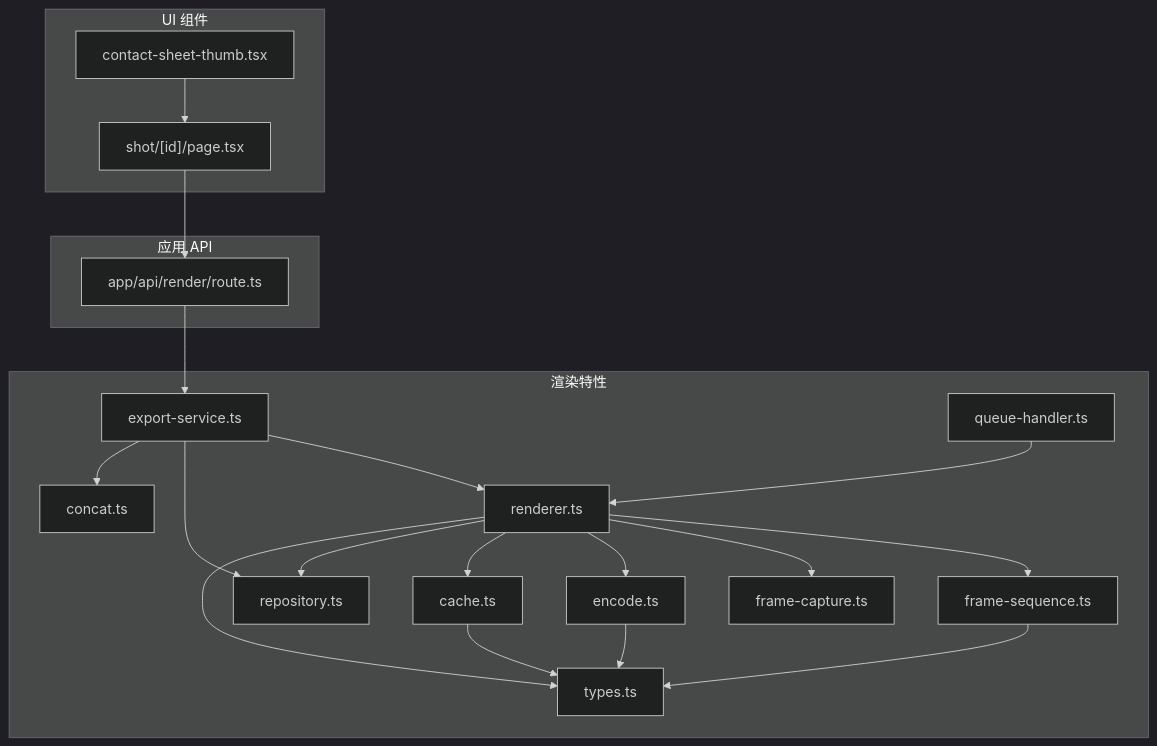
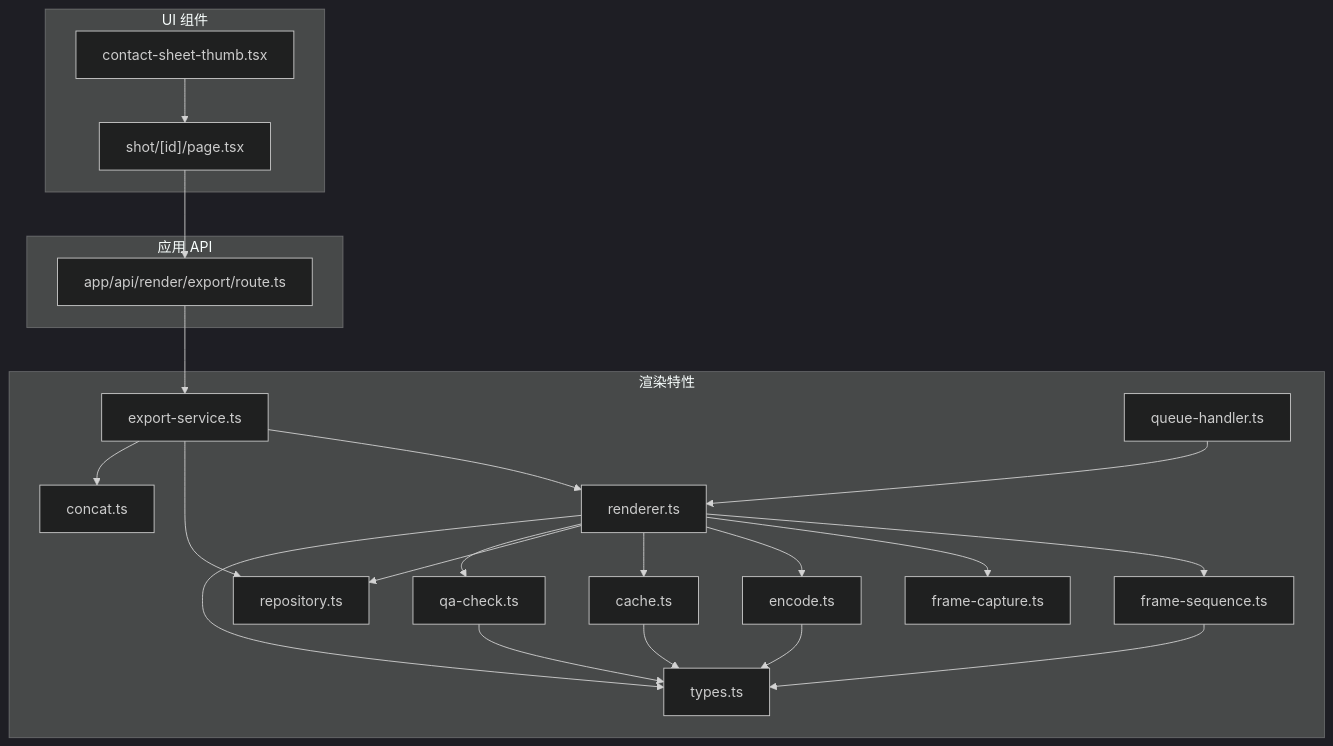
One commit to AIMFllyYS/code-video-canvas changed the first of 18 diagrams in .qoder/repowiki/zh/content/架构设计/核心模块设计/渲染引擎设计/渲染引擎设计.md. Above: the diagram before and after it, drawn with Mermaid (dark theme). The commit also changed other lines of this file and 7 other files, not shown here.

````diff
--- a/.qoder/repowiki/zh/content/架构设计/核心模块设计/渲染引擎设计/渲染引擎设计.md
+++ b/.qoder/repowiki/zh/content/架构设计/核心模块设计/渲染引擎设计/渲染引擎设计.md
@@ -70,38 +75,41 @@
 ```mermaid
 graph TB
 subgraph "渲染特性"
 R["renderer.ts"]
 FS["frame-sequence.ts"]
 ENC["encode.ts"]
 C["cache.ts"]
 T["types.ts"]
 EXP["export-service.ts"]
 REPO["repository.ts"]
 QH["queue-handler.ts"]
 FC["frame-capture.ts"]
 CAT["concat.ts"]
+QA["qa-check.ts"]
 end
 subgraph "应用 API"
-RT["app/api/render/route.ts"]
+RT["app/api/render/export/route.ts"]
 end
 subgraph "UI 组件"
 THUMB["contact-sheet-thumb.tsx"]
 SHOT_PAGE["shot/[id]/page.tsx"]
 end
 RT --> EXP
 EXP --> R
 R --> FS
 R --> FC
 R --> ENC
 R --> C
 R --> REPO
+R --> QA
 EXP --> REPO
 EXP --> CAT
 R --> T
 ENC --> T
 C --> T
 FS --> T
+QA --> T
 QH --> R
 THUMB --> SHOT_PAGE
 SHOT_PAGE --> RT
 ```
````
